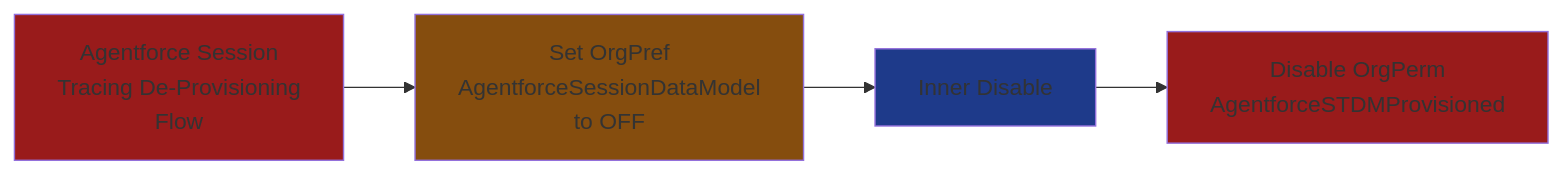
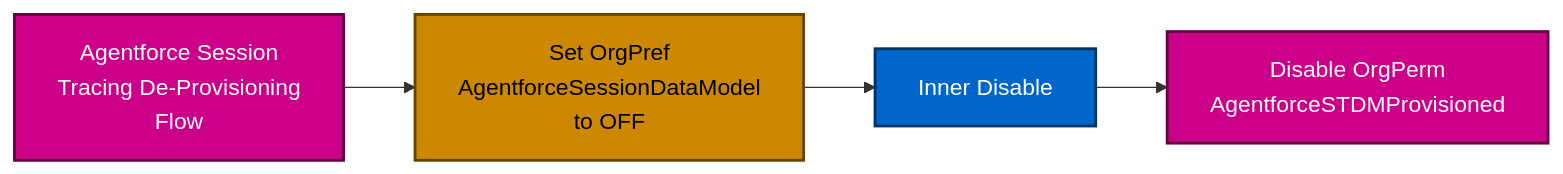
One commit to arupsarkar-sfdc/Misc changed the ninth of 11 diagrams in agentforce/observability/README_Agentforce_Observability_System_Architecture.md. Above: the diagram before and after it, drawn with Mermaid. The commit also changed other lines of this file, not shown here.

Commit message:
Updated color scheme of all diagrams

````diff
--- a/agentforce/observability/README_Agentforce_Observability_System_Architecture.md
+++ b/agentforce/observability/README_Agentforce_Observability_System_Architecture.md
@@ -830,11 +830,11 @@
 ```mermaid
 graph LR
     A[Agentforce Session<br/>Tracing De-Provisioning<br/>Flow] --> B[Set OrgPref<br/>AgentforceSessionDataModel<br/>to OFF]
     B --> C[Inner Disable]
     C --> D[Disable OrgPerm<br/>AgentforceSTDMProvisioned]
     
-    style A fill:#991b1b
-    style B fill:#854d0e
-    style C fill:#1e3a8a
-    style D fill:#991b1b
+    style A fill:#CC0088,stroke:#660044,stroke-width:2px,color:#FFF
+    style B fill:#CC8800,stroke:#664400,stroke-width:2px,color:#000
+    style C fill:#0066CC,stroke:#003366,stroke-width:2px,color:#FFF
+    style D fill:#CC0088,stroke:#660044,stroke-width:2px,color:#FFF
 ```
````
